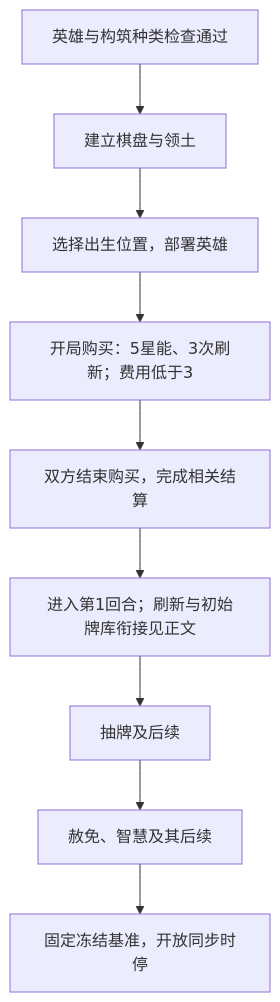
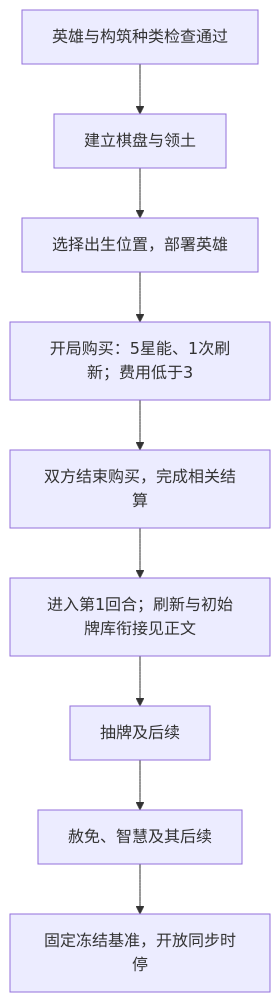
The diagram in docs/rules/standard/setup.md (Time-Block-Hero/tbh-website), drawn with Mermaid before and after one commit. The commit also changed other lines of this file and 5 other files, not shown here.

````diff
--- a/docs/rules/standard/setup.md
+++ b/docs/rules/standard/setup.md
@@ -84,11 +84,11 @@
 ```mermaid
 flowchart TD
   check["英雄与构筑种类检查通过"] --> map["建立棋盘与领土"]
   map --> deploy["选择出生位置，部署英雄"]
-  deploy --> shop["开局购买：5星能、3次刷新；费用低于3"]
+  deploy --> shop["开局购买：5星能、1次刷新；费用低于3"]
   shop --> done["双方结束购买，完成相关结算"]
   done --> round["进入第1回合；刷新与初始牌库衔接见正文"]
   round --> draw["抽牌及后续"]
   draw --> resource["赦免、智慧及其后续"]
   resource --> stop["固定冻结基准，开放同步时停"]
 ```
````
